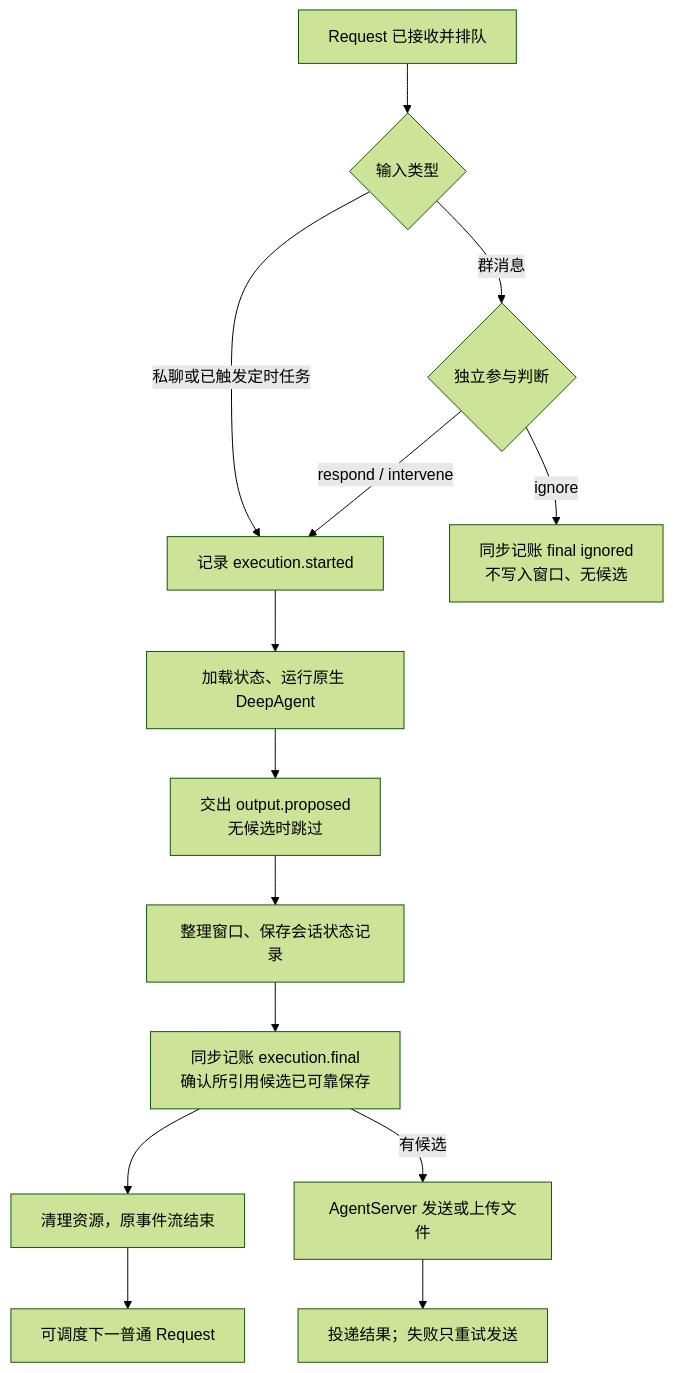
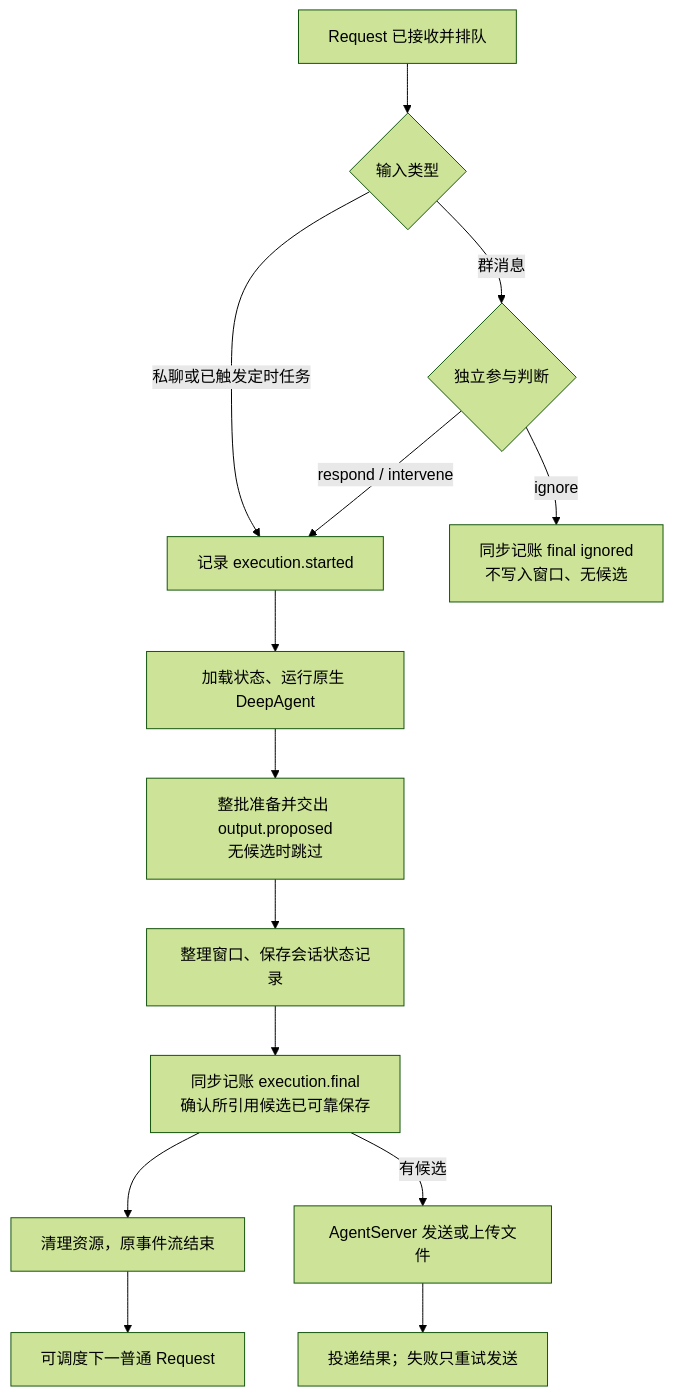
The second of 3 diagrams in openjiuwen/harness/persistent_agent/docs/designs/persistent-agent-overview.md (openJiuwen-ai/agent-core), drawn with Mermaid (forest theme) before and after one commit. The commit also changed other lines of this file and 13 other files, not shown here.

````diff
--- a/openjiuwen/harness/persistent_agent/docs/designs/persistent-agent-overview.md
+++ b/openjiuwen/harness/persistent_agent/docs/designs/persistent-agent-overview.md
@@ -108,16 +108,16 @@
 ```mermaid
 flowchart TD
     Q["Request 已接收并排队"] --> K{"输入类型"}
     K -->|"群消息"| D{"独立参与判断"}
     K -->|"私聊或已触发定时任务"| S["记录 execution.started"]
     D -->|"ignore"| I["同步记账 final ignored<br/>不写入窗口、无候选"]
     D -->|"respond / intervene"| S
     S --> L["加载状态、运行原生 DeepAgent"]
-    L --> O["交出 output.proposed<br/>无候选时跳过"]
+    L --> O["整批准备并交出 output.proposed<br/>无候选时跳过"]
     O --> W["整理窗口、保存会话状态记录"]
     W --> F["同步记账 execution.final<br/>确认所引用候选已可靠保存"]
     F --> C["清理资源，原事件流结束"]
     C --> N["可调度下一普通 Request"]
     F -->|"有候选"| H["AgentServer 发送或上传文件"]
     H --> R["投递结果；失败只重试发送"]
 ```
````
